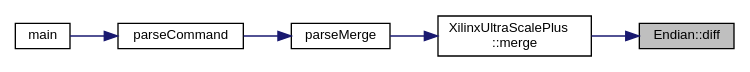
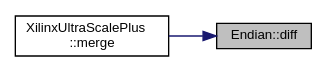
Before and after one commit to FPGA-Research-Manchester/byteman: the diagram in namespaceEndian_a341a75d4d5983d8e5572d021f945d9a5_icgraph.dot, drawn with Graphviz. The commit also changed 1540 other files, not shown here.

```diff
--- a/namespaceEndian_a341a75d4d5983d8e5572d021f945d9a5_icgraph.dot
+++ b/namespaceEndian_a341a75d4d5983d8e5572d021f945d9a5_icgraph.dot
@@ -1,17 +1,11 @@
 digraph "Endian::diff"
 {
  // INTERACTIVE_SVG=YES
  // LATEX_PDF_SIZE
   edge [fontname="Helvetica",fontsize="10",labelfontname="Helvetica",labelfontsize="10"];
   node [fontname="Helvetica",fontsize="10",shape=record];
   rankdir="RL";
   Node1 [label="Endian::diff",height=0.2,width=0.4,color="black", fillcolor="grey75", style="filled", fontcolor="black",tooltip=" "];
   Node1 -> Node2 [dir="back",color="midnightblue",fontsize="10",style="solid",fontname="Helvetica"];
   Node2 [label="XilinxUltraScalePlus\l::merge",height=0.2,width=0.4,color="black", fillcolor="white", style="filled",URL="$classXilinxUltraScalePlus.html#aa0e0292dad364e72a422f4733f5ca207",tooltip=" "];
-  Node2 -> Node3 [dir="back",color="midnightblue",fontsize="10",style="solid",fontname="Helvetica"];
-  Node3 [label="parseMerge",height=0.2,width=0.4,color="black", fillcolor="white", style="filled",URL="$byteman_8cpp.html#a8c6afae26d72a7030f5f568b832170cc",tooltip=" "];
-  Node3 -> Node4 [dir="back",color="midnightblue",fontsize="10",style="solid",fontname="Helvetica"];
-  Node4 [label="parseCommand",height=0.2,width=0.4,color="black", fillcolor="white", style="filled",URL="$byteman_8cpp.html#a913ad3944130fafece24fe460db9b6aa",tooltip=" "];
-  Node4 -> Node5 [dir="back",color="midnightblue",fontsize="10",style="solid",fontname="Helvetica"];
-  Node5 [label="main",height=0.2,width=0.4,color="black", fillcolor="white", style="filled",URL="$byteman_8cpp.html#a0ddf1224851353fc92bfbff6f499fa97",tooltip=" "];
 }
```
